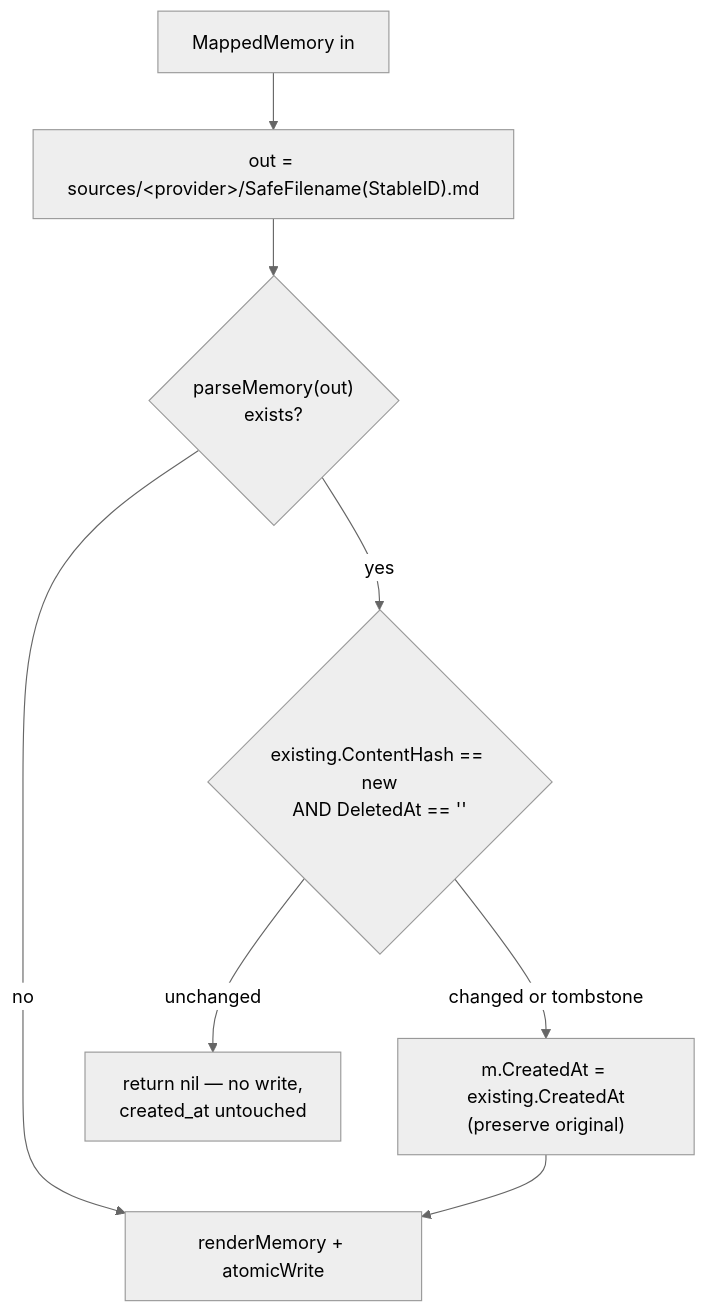
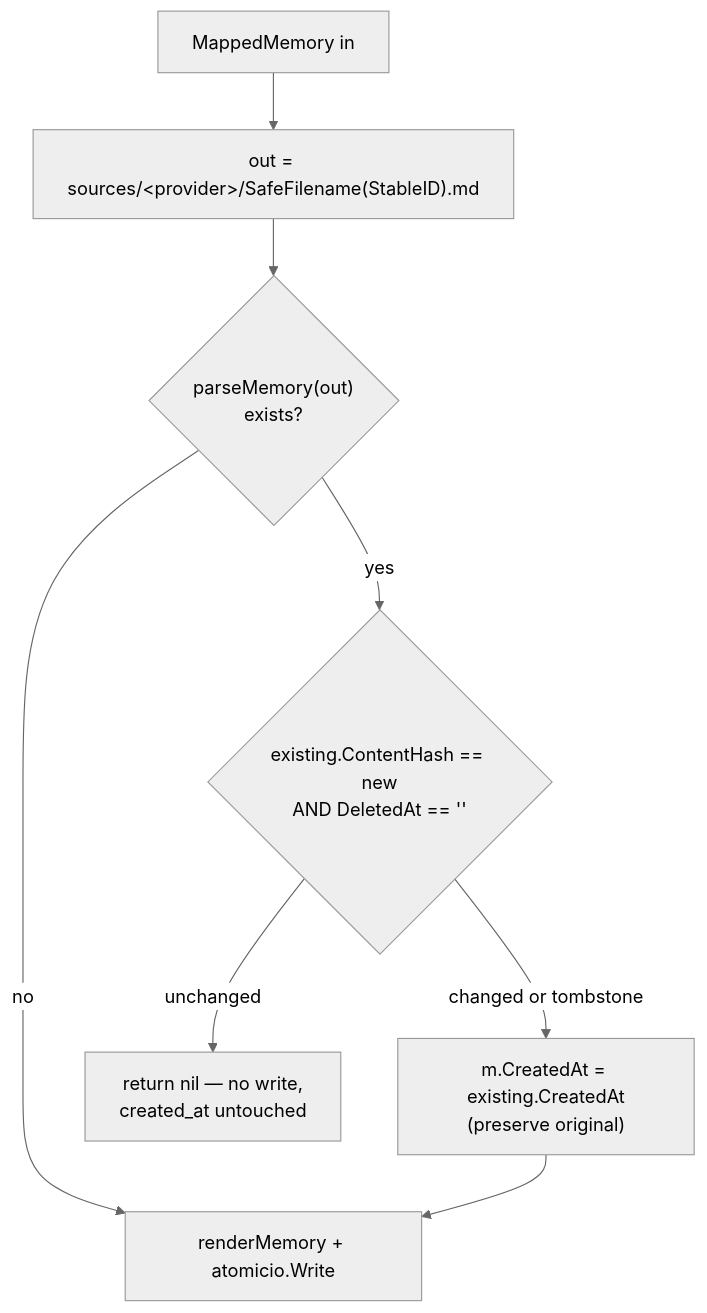
Before and after one commit to pyranthus-hq/mora: the second of 4 diagrams in docs/architecture/01-data-model-and-storage.md, drawn with Mermaid (neutral theme). The commit also changed other lines of this file and 112 other files, not shown here.

````diff
--- a/docs/architecture/01-data-model-and-storage.md
+++ b/docs/architecture/01-data-model-and-storage.md
@@ -118,10 +118,10 @@
 ```mermaid
 flowchart TD
     A["MappedMemory in"] --> B["out = sources/&lt;provider&gt;/SafeFilename(StableID).md"]
     B --> C{"parseMemory(out)<br/>exists?"}
-    C -->|"no"| W["renderMemory + atomicWrite"]
+    C -->|"no"| W["renderMemory + atomicio.Write"]
     C -->|"yes"| D{"existing.ContentHash == new<br/>AND DeletedAt == ''"}
     D -->|"unchanged"| SKIP["return nil — no write,<br/>created_at untouched"]
     D -->|"changed or tombstone"| E["m.CreatedAt = existing.CreatedAt<br/>(preserve original)"]
     E --> W
 ```
````
